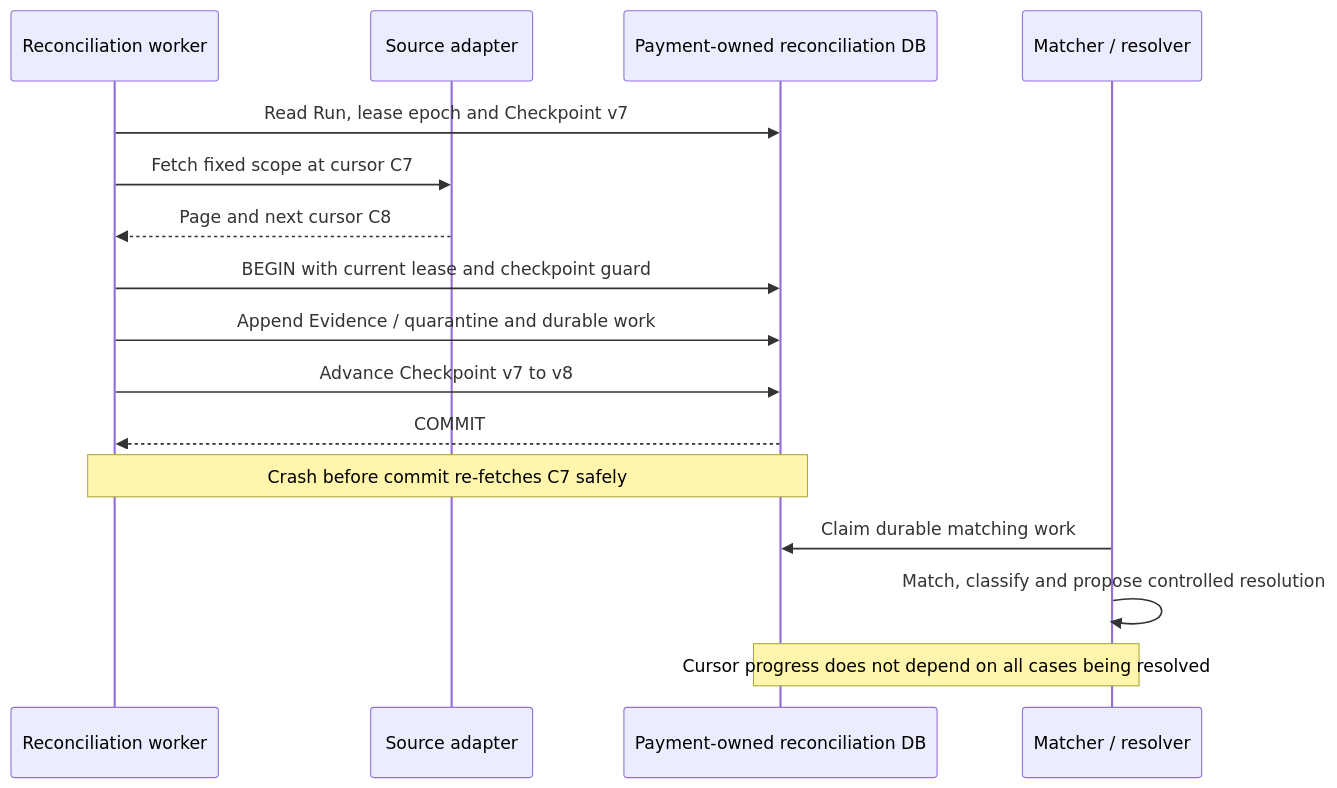
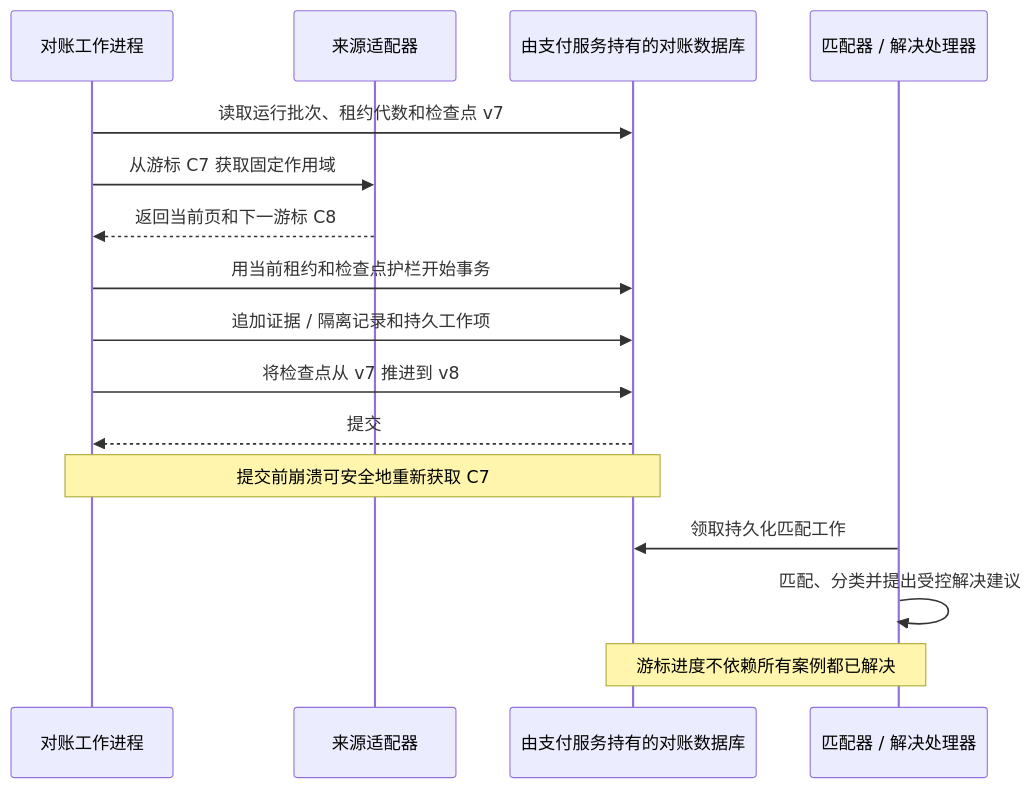
The second of 3 diagrams in part-4-operating-at-scale/reconciliation.md (YouEclipse/Designing-Modern-Payment-Systems), drawn with Mermaid before and after one commit. The commit also changed other lines of this file and 59 other files, not shown here.

````diff
--- a/part-4-operating-at-scale/reconciliation.md
+++ b/part-4-operating-at-scale/reconciliation.md
@@ -144,18 +144,18 @@
 ```mermaid
 sequenceDiagram
-    participant W as Reconciliation worker
-    participant S as Source adapter
-    participant DB as Payment-owned reconciliation DB
-    participant M as Matcher / resolver
-    W->>DB: Read Run, lease epoch and Checkpoint v7
-    W->>S: Fetch fixed scope at cursor C7
-    S-->>W: Page and next cursor C8
-    W->>DB: BEGIN with current lease and checkpoint guard
-    W->>DB: Append Evidence / quarantine and durable work
-    W->>DB: Advance Checkpoint v7 to v8
-    DB-->>W: COMMIT
-    Note over W,DB: Crash before commit re-fetches C7 safely
-    M->>DB: Claim durable matching work
-    M->>M: Match, classify and propose controlled resolution
-    Note over M,DB: Cursor progress does not depend on all cases being resolved
+    participant W as 对账工作进程
+    participant S as 来源适配器
+    participant DB as 由支付服务持有的对账数据库
+    participant M as 匹配器 / 解决处理器
+    W->>DB: 读取运行批次、租约代数和检查点 v7
+    W->>S: 从游标 C7 获取固定作用域
+    S-->>W: 返回当前页和下一游标 C8
+    W->>DB: 用当前租约和检查点护栏开始事务
+    W->>DB: 追加证据 / 隔离记录和持久工作项
+    W->>DB: 将检查点从 v7 推进到 v8
+    DB-->>W: 提交
+    Note over W,DB: 提交前崩溃可安全地重新获取 C7
+    M->>DB: 领取持久化匹配工作
+    M->>M: 匹配、分类并提出受控解决建议
+    Note over M,DB: 游标进度不依赖所有案例都已解决
 ```
````
